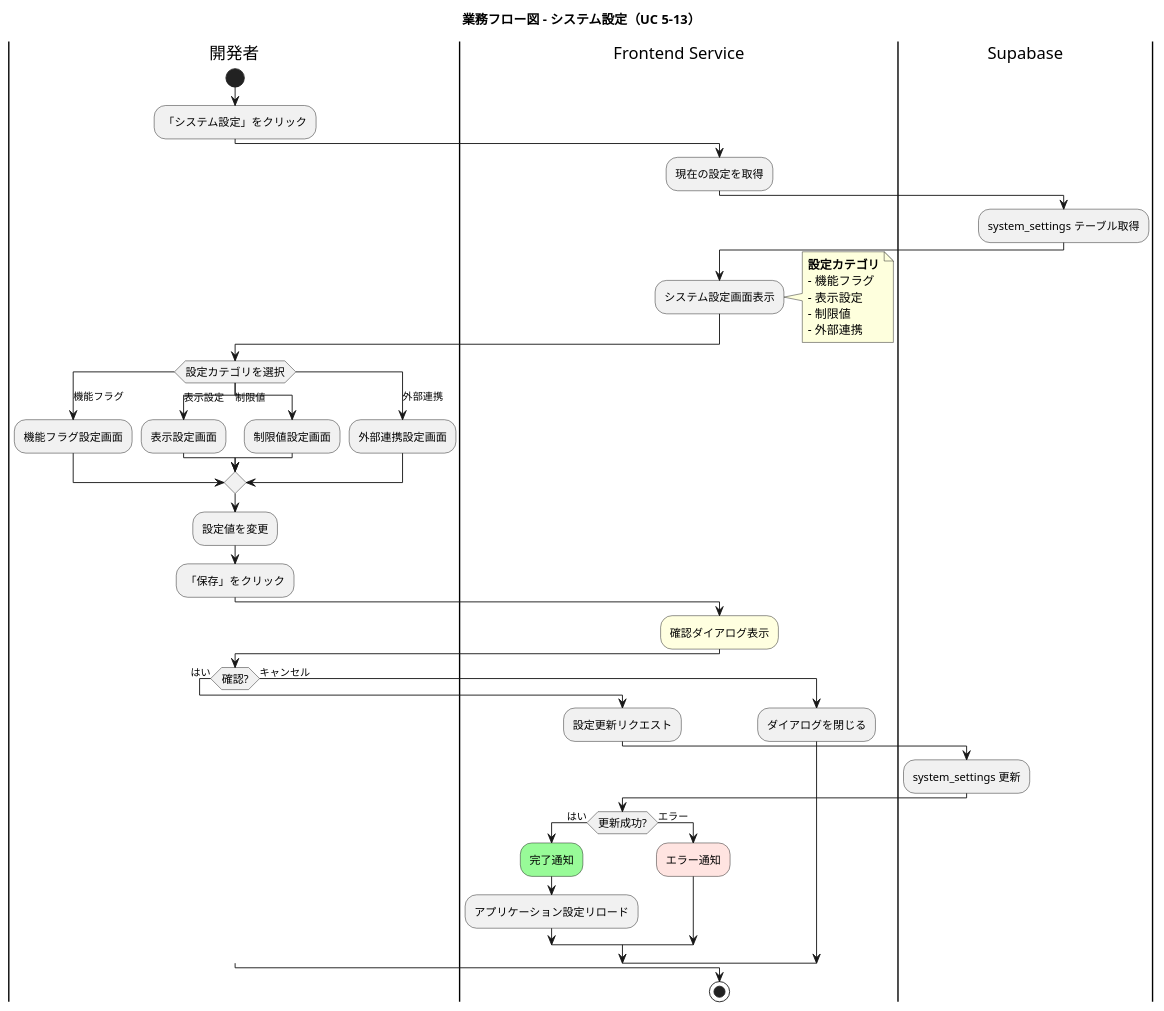
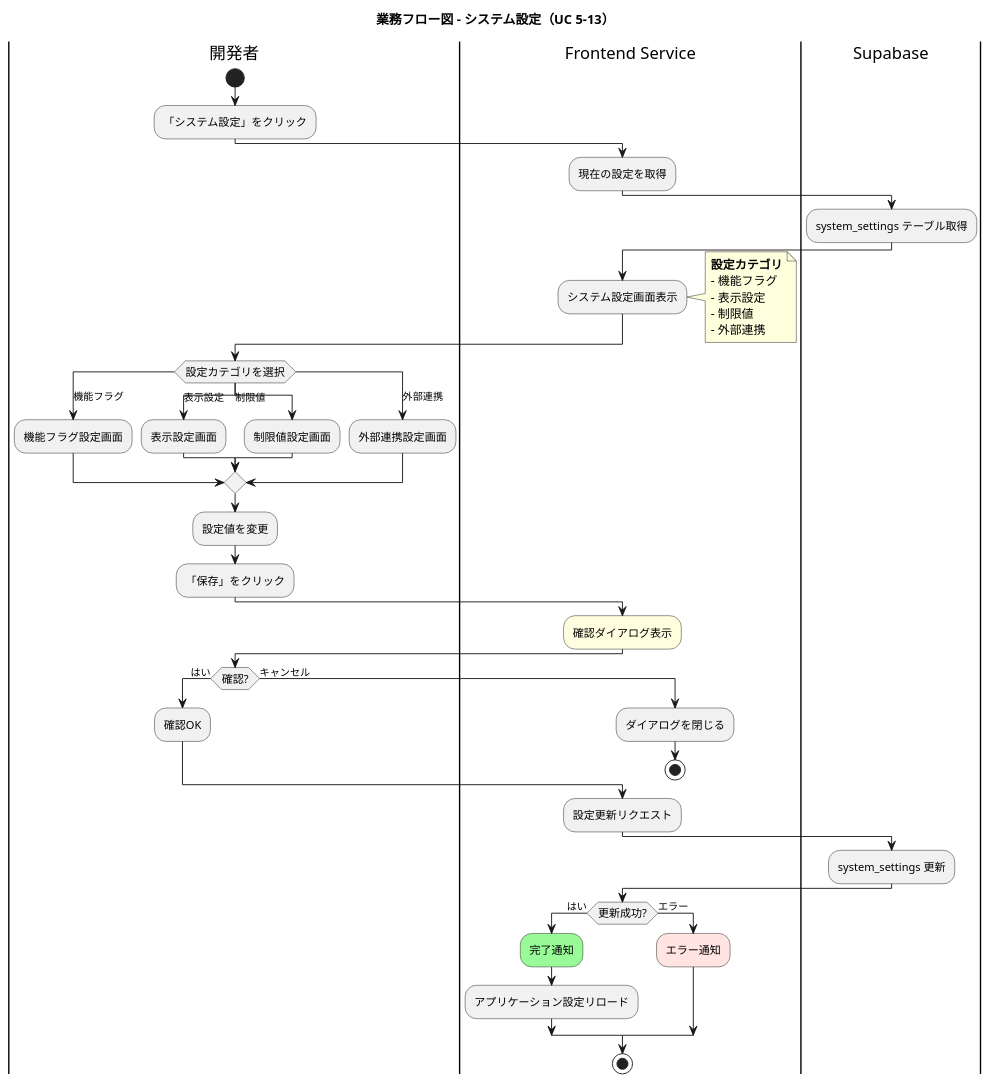
Before and after one commit to yoshiwo3/PlantUML2_Opus4.5: diagram 29 of 29 in docs/proposals/PlantUML_Studio_業務フロー図_20251201.md, drawn with PlantUML. The commit also changed other lines of this file and 7 other files, not shown here.

````diff
--- a/docs/proposals/PlantUML_Studio_業務フロー図_20251201.md
+++ b/docs/proposals/PlantUML_Studio_業務フロー図_20251201.md
@@ -2425,69 +2457,72 @@
 ```plantuml
 @startuml business_flow_system_settings
 skinparam ActivityFontSize 12
 skinparam ConditionEndStyle hline
 
 title 業務フロー図 - システム設定（UC 5-13）
 
 |開発者|
 start
 :「システム設定」をクリック;
 
 |Frontend Service|
 :現在の設定を取得;
 
 |Supabase|
 :system_settings テーブル取得;
 
 |Frontend Service|
 :システム設定画面表示;
 note right
   **設定カテゴリ**
   - 機能フラグ
   - 表示設定
   - 制限値
   - 外部連携
 end note
 
 |開発者|
 switch (設定カテゴリを選択)
 case (機能フラグ)
   :機能フラグ設定画面;
 case (表示設定)
   :表示設定画面;
 case (制限値)
   :制限値設定画面;
 case (外部連携)
   :外部連携設定画面;
 endswitch
 
 |開発者|
 :設定値を変更;
 :「保存」をクリック;
 
 |Frontend Service|
 #lightyellow:確認ダイアログ表示;
 
 |開発者|
 if (確認?) then (はい)
-  |Frontend Service|
-  :設定更新リクエスト;
-
-  |Supabase|
-  :system_settings 更新;
-
-  |Frontend Service|
-  if (更新成功?) then (はい)
-    #palegreen:完了通知;
-    :アプリケーション設定リロード;
-  else (エラー)
-    #mistyrose:エラー通知;
-  endif
+  :確認OK;
 else (キャンセル)
   |Frontend Service|
   :ダイアログを閉じる;
+  stop
+endif
+
+|Frontend Service|
+:設定更新リクエスト;
+
+|Supabase|
+:system_settings 更新;
+
+|Frontend Service|
+if (更新成功?) then (はい)
+  #palegreen:完了通知;
+  :アプリケーション設定リロード;
+else (エラー)
+  #mistyrose:エラー通知;
 endif
 stop
 
 @enduml
 ```
````
